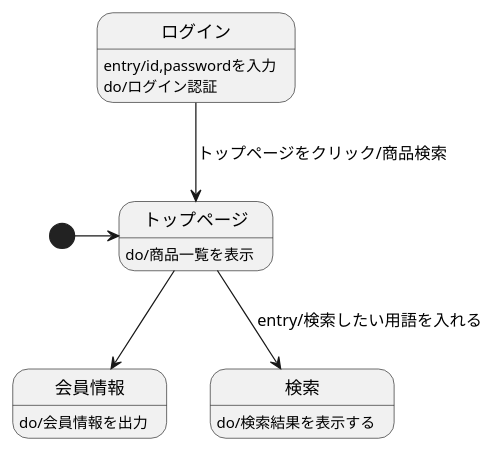
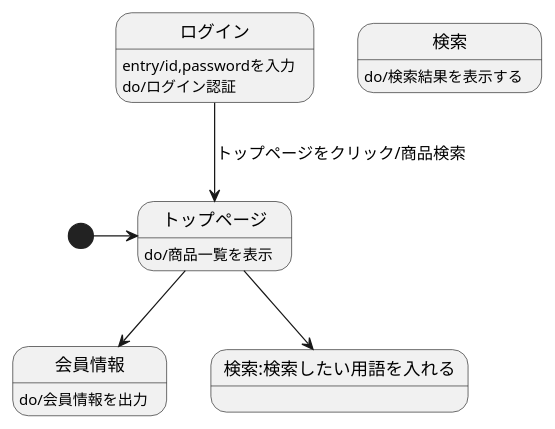
The diagram in 画面遷移図(original).md (Aso2001224/2021sys-design), drawn with PlantUML before and after one commit.

````diff
--- a/画面遷移図(original).md
+++ b/画面遷移図(original).md
@@ -1,13 +1,13 @@
 ```uml
 @startuml
 [*]->トップページ
 トップページ:do/商品一覧を表示
 ログイン-->トップページ:トップページをクリック/商品検索
 ログイン:entry/id,passwordを入力
 ログイン:do/ログイン認証
 トップページ-->会員情報
 会員情報:do/会員情報を出力
-トップページ-->検索:entry/検索したい用語を入れる
+トップページ-->検索:検索したい用語を入れる
 検索:do/検索結果を表示する
 @enduml
 ```
````
